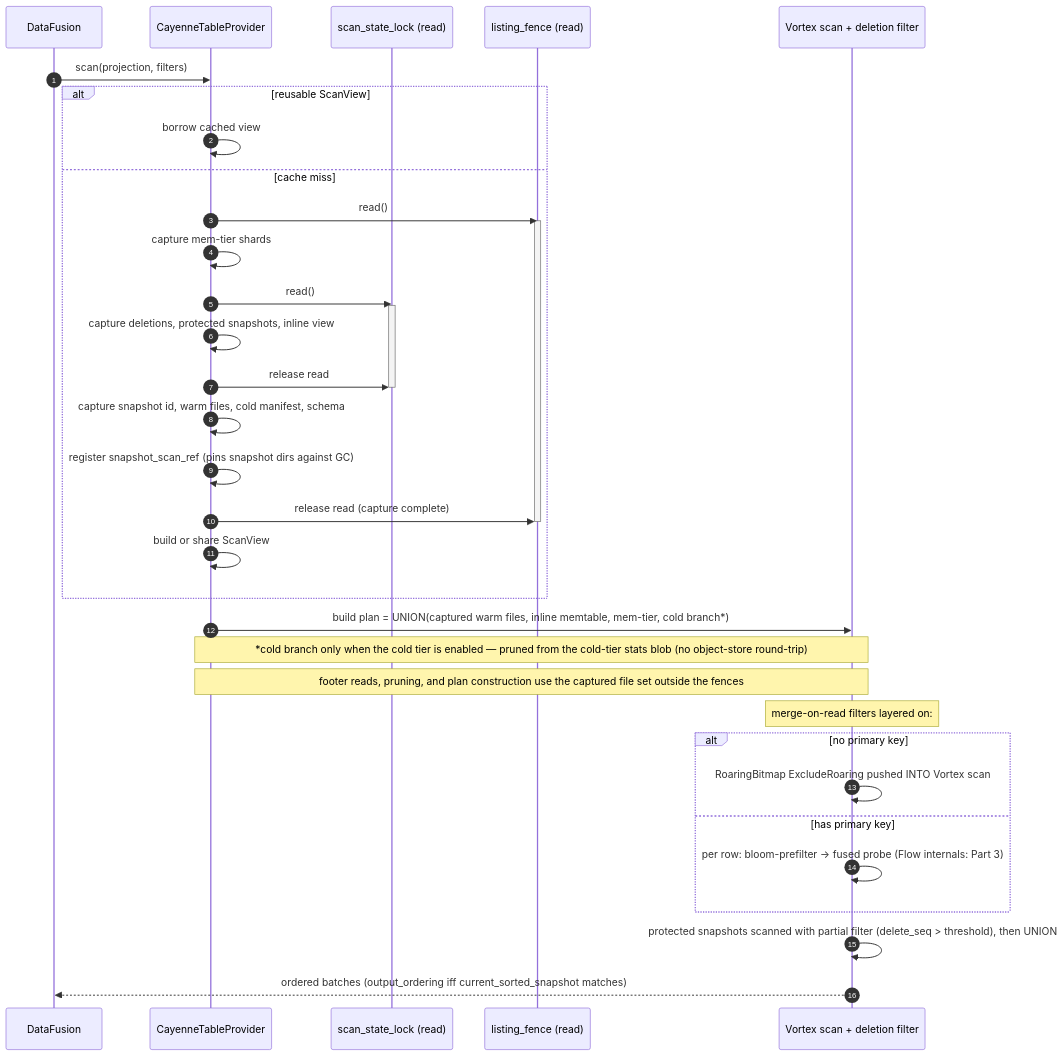
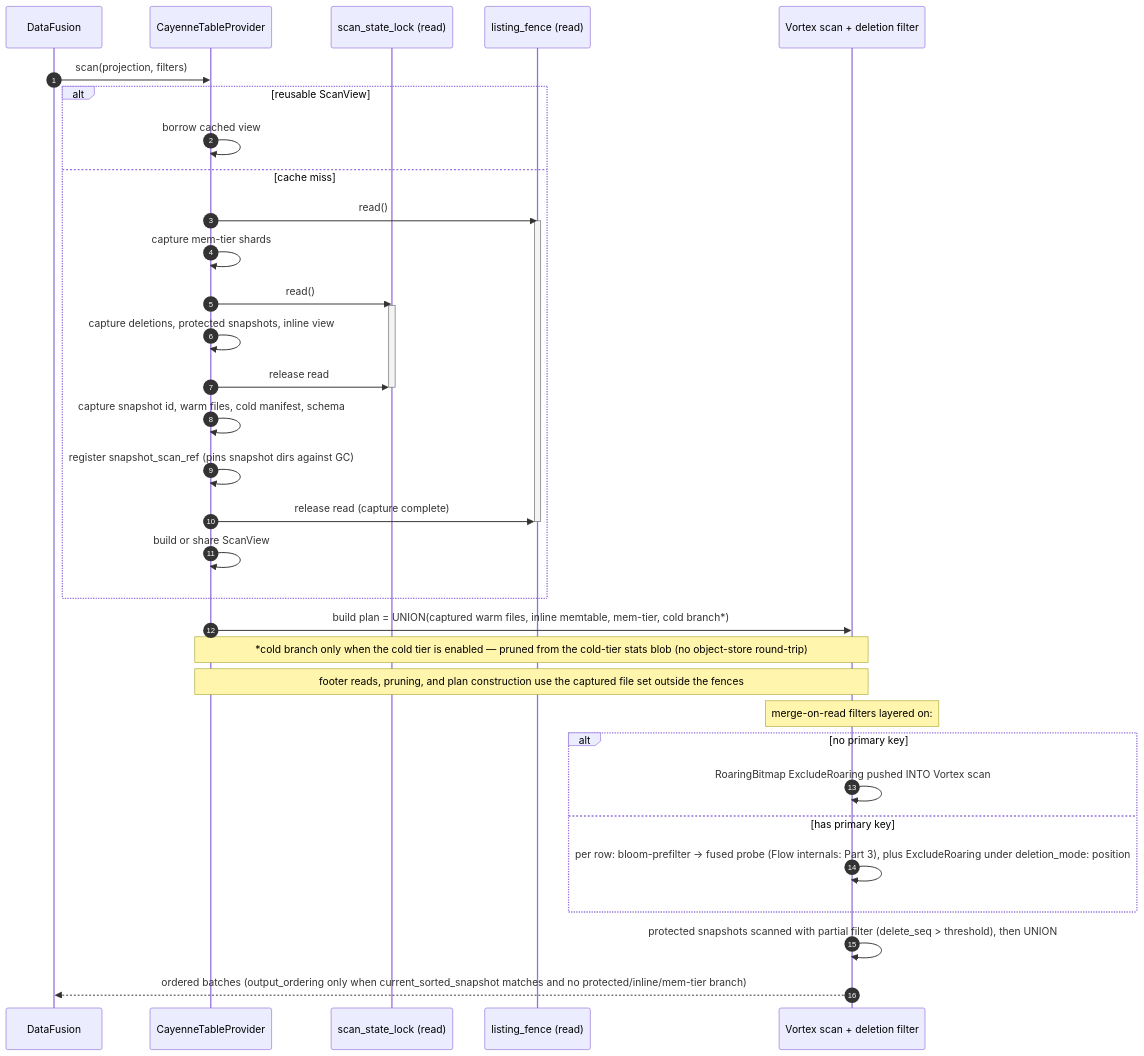
One commit to spiceai/spiceai changed diagram 12 of 22 in docs/cayenne/cayenne.md. Above: the diagram before and after it, drawn with Mermaid. The commit also changed other lines of this file and 3 other files, not shown here.

````diff
--- a/docs/cayenne/cayenne.md
+++ b/docs/cayenne/cayenne.md
@@ -824,39 +828,39 @@
 ```mermaid
 sequenceDiagram
     autonumber
     participant DF as DataFusion
     participant P as CayenneTableProvider
     participant SS as scan_state_lock (read)
     participant LF as listing_fence (read)
     participant V as Vortex scan + deletion filter
 
     DF->>P: scan(projection, filters)
     alt reusable ScanView
         P->>P: borrow cached view
     else cache miss
         P->>LF: read()
         activate LF
         P->>P: capture mem-tier shards
         P->>SS: read()
         activate SS
         P->>P: capture deletions, protected snapshots, inline view
         P->>SS: release read
         deactivate SS
         P->>P: capture snapshot id, warm files, cold manifest, schema
         P->>P: register snapshot_scan_ref (pins snapshot dirs against GC)
         P->>LF: release read (capture complete)
         deactivate LF
         P->>P: build or share ScanView
     end
     P->>V: build plan = UNION(captured warm files, inline memtable, mem-tier, cold branch*)
     Note over P,V: *cold branch only when the cold tier is enabled — pruned from the cold-tier stats blob (no object-store round-trip)
     Note over P,V: footer reads, pruning, and plan construction use the captured file set outside the fences
     Note over V: merge-on-read filters layered on:
     alt no primary key
         V->>V: RoaringBitmap ExcludeRoaring pushed INTO Vortex scan
     else has primary key
-        V->>V: per row: bloom-prefilter → fused probe (Flow internals: Part 3)
+        V->>V: per row: bloom-prefilter → fused probe (Flow internals: Part 3), plus ExcludeRoaring under deletion_mode: position
     end
     V->>V: protected snapshots scanned with partial filter (delete_seq > threshold), then UNION
-    V-->>DF: ordered batches (output_ordering iff current_sorted_snapshot matches)
+    V-->>DF: ordered batches (output_ordering only when current_sorted_snapshot matches and no protected/inline/mem-tier branch)
 ```
````
